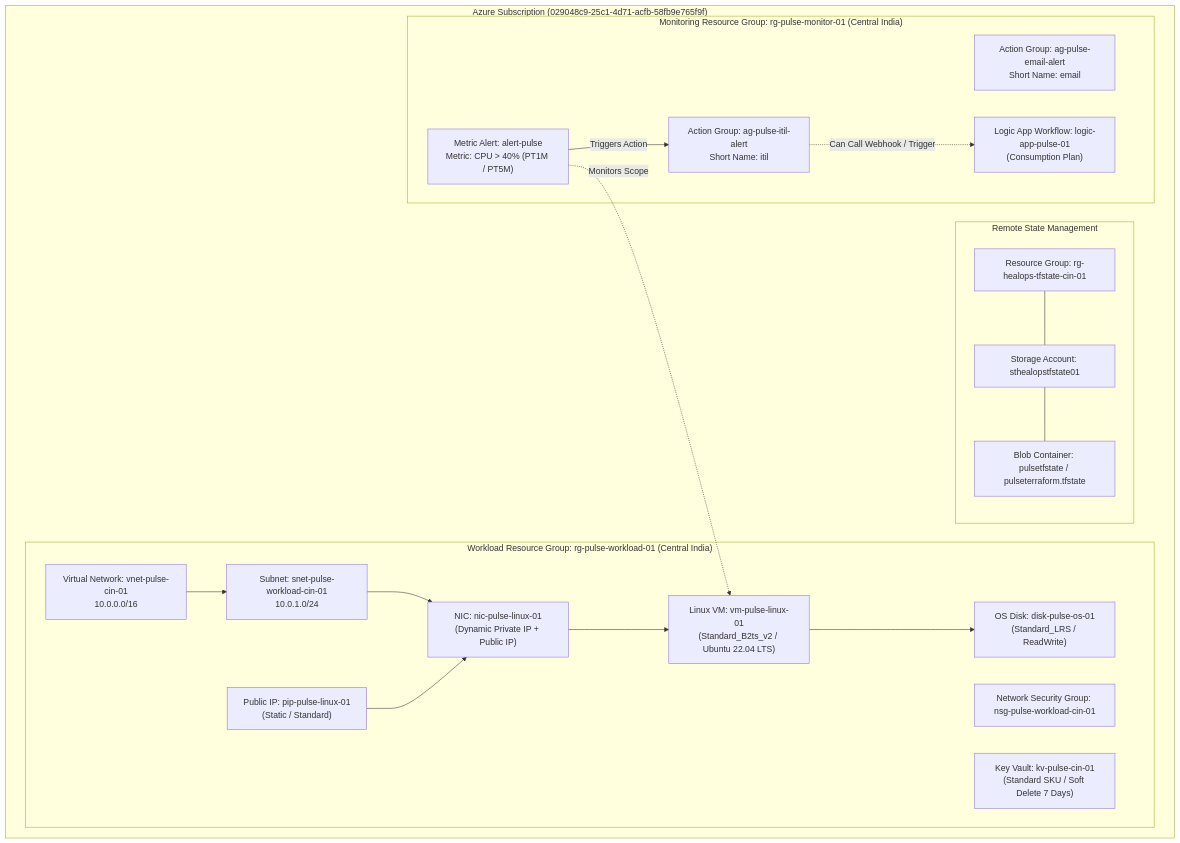
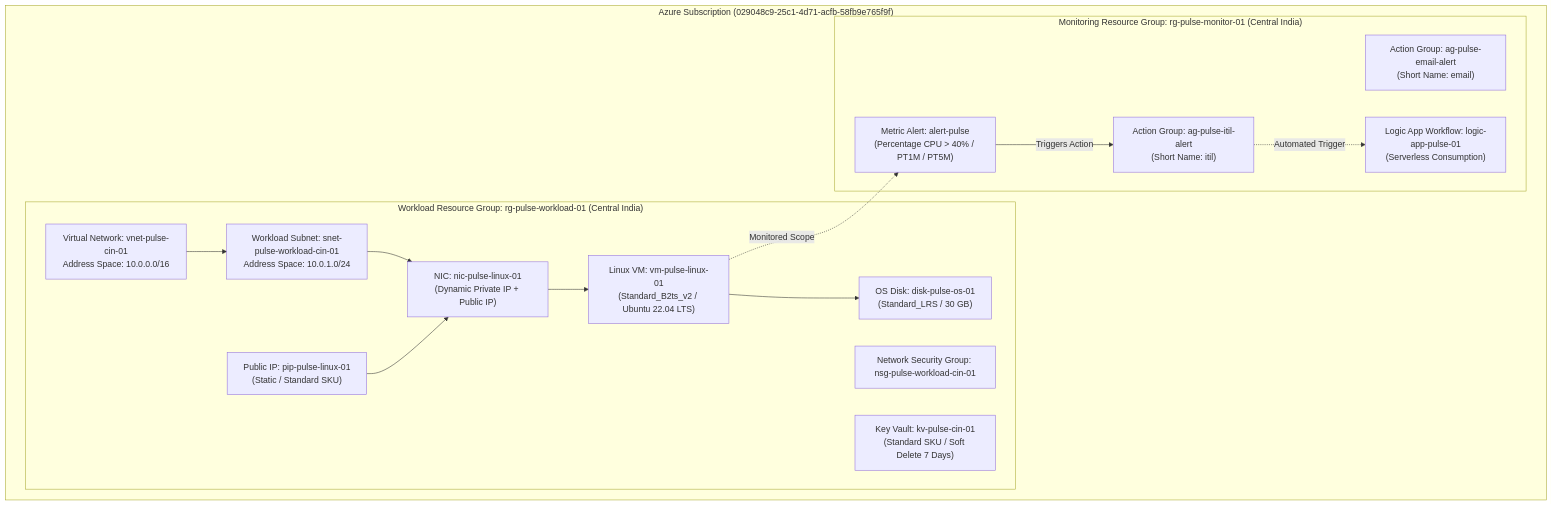
The second of 5 diagrams in architecture/azure-high-level-design.md (pahujarvp/pulse-terraform), drawn with Mermaid before and after one commit. The commit also changed other lines of this file and 6 other files, not shown here.

Commit message:
docs: update architecture showcase documentation and diagrams

````diff
--- a/architecture/azure-high-level-design.md
+++ b/architecture/azure-high-level-design.md
@@ -29,39 +51,33 @@
 ```mermaid
 flowchart TD
-    subgraph Sub["Azure Subscription (029048c9-25c1-4d71-acfb-58fb9e765f9f)"]
-        subgraph TFState["Remote State Management"]
-            RG_TF["Resource Group: rg-healops-tfstate-cin-01"]
-            ST_TF["Storage Account: sthealopstfstate01"]
-            CT_TF["Blob Container: pulsetfstate / pulseterraform.tfstate"]
-            RG_TF --- ST_TF --- CT_TF
-        end
-
+    subgraph Subscription["Azure Subscription (029048c9-25c1-4d71-acfb-58fb9e765f9f)"]
         subgraph RG_Workload["Workload Resource Group: rg-pulse-workload-01 (Central India)"]
-            VNET["Virtual Network: vnet-pulse-cin-01<br/>10.0.0.0/16"]
-            SNET["Subnet: snet-pulse-workload-cin-01<br/>10.0.1.0/24"]
+            VNET["Virtual Network: vnet-pulse-cin-01<br/>Address Space: 10.0.0.0/16"]
+            SNET["Workload Subnet: snet-pulse-workload-cin-01<br/>Address Space: 10.0.1.0/24"]
             NSG["Network Security Group: nsg-pulse-workload-cin-01"]
-            PIP["Public IP: pip-pulse-linux-01<br/>(Static / Standard)"]
+            PIP["Public IP: pip-pulse-linux-01<br/>(Static / Standard SKU)"]
             NIC["NIC: nic-pulse-linux-01<br/>(Dynamic Private IP + Public IP)"]
             VM["Linux VM: vm-pulse-linux-01<br/>(Standard_B2ts_v2 / Ubuntu 22.04 LTS)"]
-            OSD["OS Disk: disk-pulse-os-01<br/>(Standard_LRS / ReadWrite)"]
+            OSD["OS Disk: disk-pulse-os-01<br/>(Standard_LRS / 30 GB)"]
             KV["Key Vault: kv-pulse-cin-01<br/>(Standard SKU / Soft Delete 7 Days)"]
 
             VNET --> SNET
             SNET --> NIC
             PIP --> NIC
             NIC --> VM
             VM --> OSD
         end
 
         subgraph RG_Monitor["Monitoring Resource Group: rg-pulse-monitor-01 (Central India)"]
-            AG_EMAIL["Action Group: ag-pulse-email-alert<br/>Short Name: email"]
-            AG_ITIL["Action Group: ag-pulse-itil-alert<br/>Short Name: itil"]
-            LOGIC["Logic App Workflow: logic-app-pulse-01<br/>(Consumption Plan)"]
-            ALERT["Metric Alert: alert-pulse<br/>Metric: CPU > 40% (PT1M / PT5M)"]
+            AG_EMAIL["Action Group: ag-pulse-email-alert<br/>(Short Name: email)"]
+            AG_ITIL["Action Group: ag-pulse-itil-alert<br/>(Short Name: itil)"]
+            LOGIC["Logic App Workflow: logic-app-pulse-01<br/>(Serverless Consumption)"]
+            ALERT["Metric Alert: alert-pulse<br/>(Percentage CPU > 40% / PT1M / PT5M)"]
+
+            ALERT -->|Triggers Action| AG_ITIL
+            AG_ITIL -.->|Automated Trigger| LOGIC
         end
     end
 
-    ALERT -.->|Monitors Scope| VM
-    ALERT -->|Triggers Action| AG_ITIL
-    AG_ITIL -.->|Can Call Webhook / Trigger| LOGIC
+    VM -.->|Monitored Scope| ALERT
 ```
````
